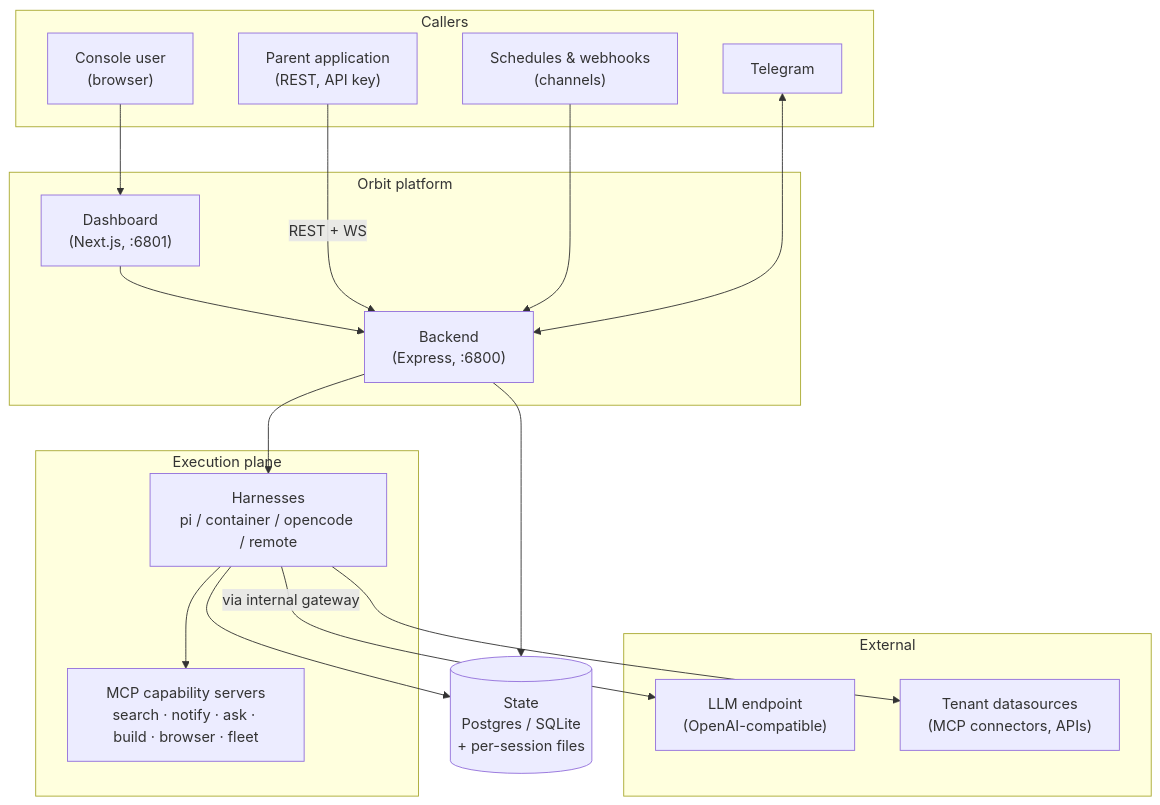
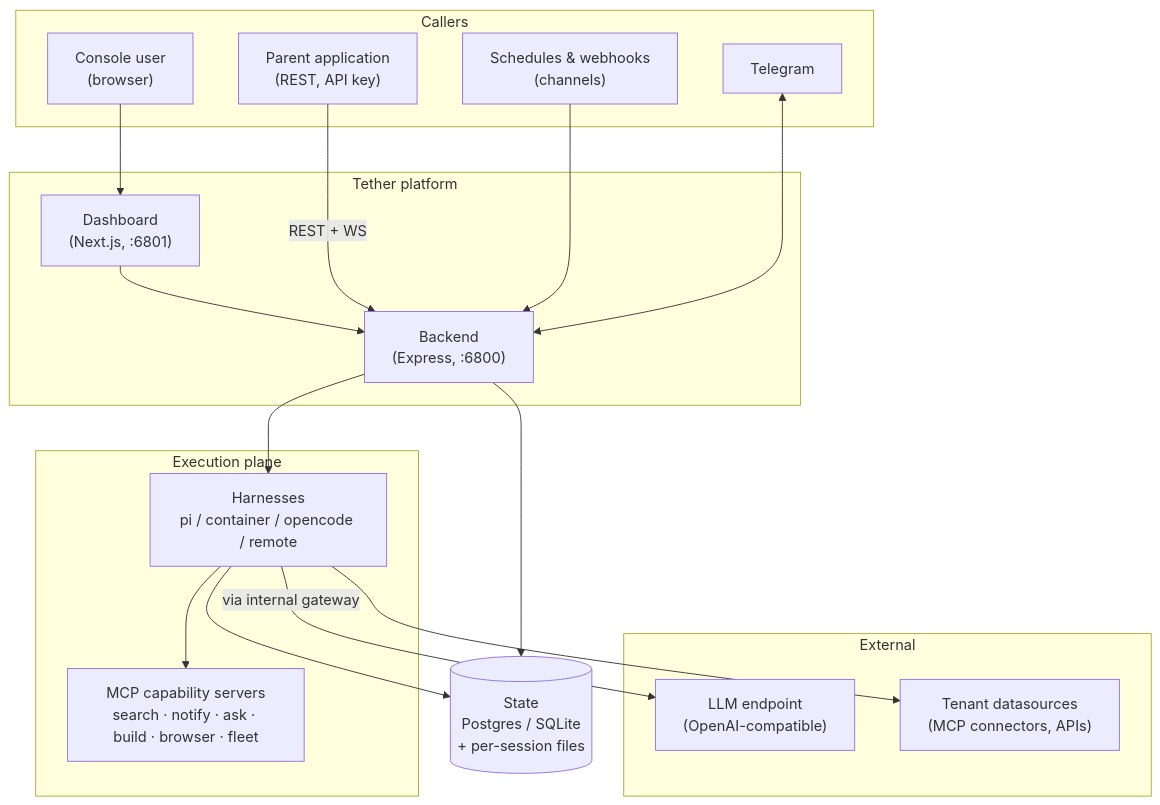
Before and after one commit to BLANCO-11/Orbit: the first of 11 diagrams in docs/architecture.md, drawn with Mermaid. The commit also changed other lines of this file and 119 other files, not shown here.

````diff
--- a/docs/architecture.md
+++ b/docs/architecture.md
@@ -32,37 +32,37 @@
 ```mermaid
 flowchart TB
     subgraph clients["Callers"]
         UI["Console user<br/>(browser)"]
         APP["Parent application<br/>(REST, API key)"]
         CH["Schedules & webhooks<br/>(channels)"]
         TG["Telegram"]
     end
 
-    subgraph orbit["Orbit platform"]
+    subgraph tether["Tether platform"]
         DASH["Dashboard<br/>(Next.js, :6801)"]
         BE["Backend<br/>(Express, :6800)"]
     end
 
     subgraph exec["Execution plane"]
         H["Harnesses<br/>pi / container / opencode / remote"]
         MCP["MCP capability servers<br/>search · notify · ask · build · browser · fleet"]
     end
 
     subgraph ext["External"]
         LLM["LLM endpoint<br/>(OpenAI-compatible)"]
         DS["Tenant datasources<br/>(MCP connectors, APIs)"]
     end
 
     STORE[("State<br/>Postgres / SQLite<br/>+ per-session files")]
 
     UI --> DASH --> BE
     APP -->|REST + WS| BE
     CH --> BE
     TG <--> BE
     BE --> H
     H --> MCP
     H -->|via internal gateway| LLM
     H --> DS
     BE --> STORE
     H --> STORE
 ```
````
